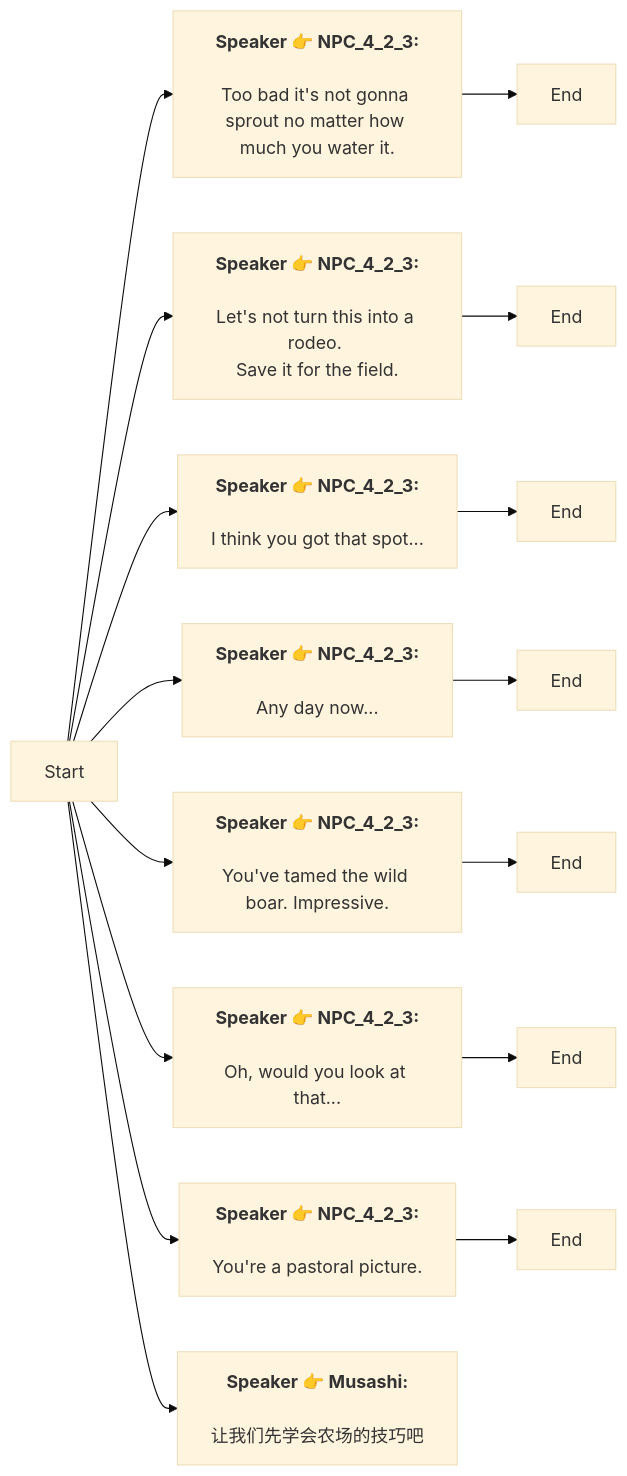
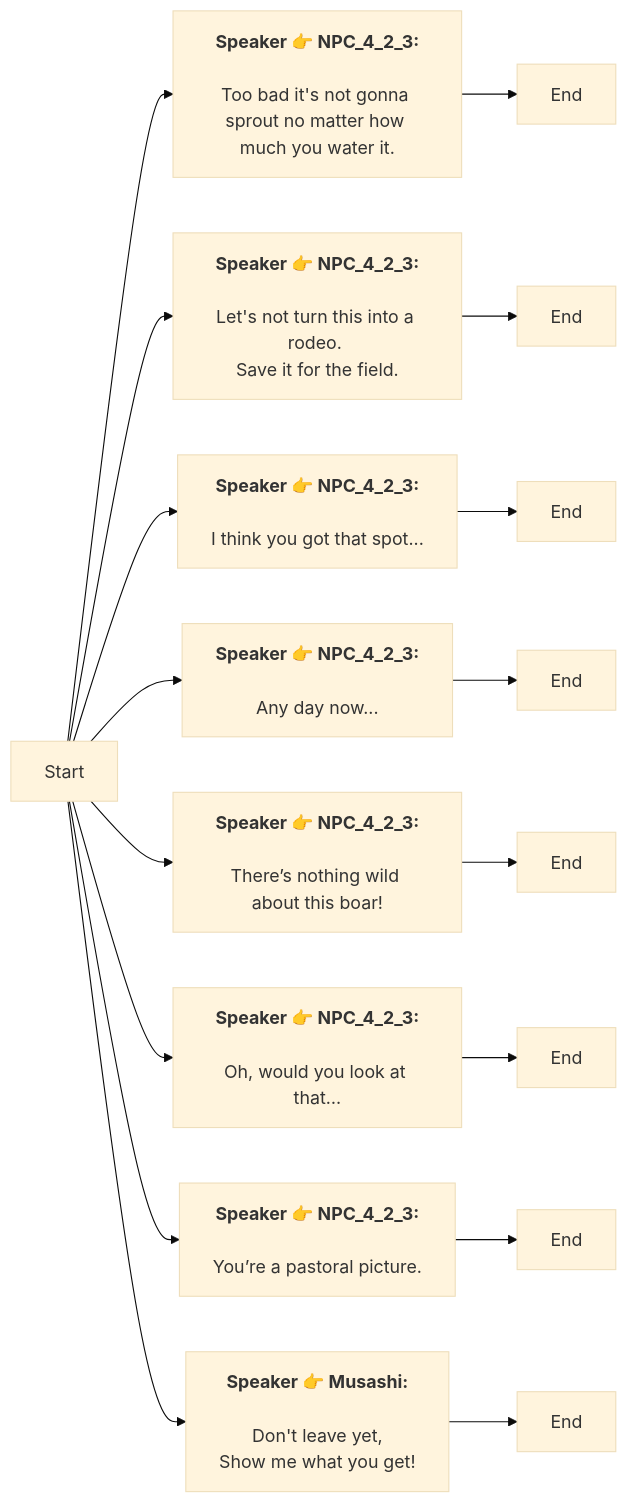
One commit to SoftHu/tos_avg changed the diagram in Zh/FarmingTutriols.md. Above: the diagram before and after it, drawn with Mermaid (base theme). The commit also changed 780 other files, not shown here.

````diff
--- a/Zh/FarmingTutriols.md
+++ b/Zh/FarmingTutriols.md
@@ -1,28 +1,30 @@
 ```mermaid
 graph LR
 Start -->1768884574776325[<b>Speaker 👉 NPC_4_2_3:</b>
 \nToo bad it's not gonna sprout no matter how much you water it.]
 1768884574776325 -->1768884429265923[End]
 Start -->1768884774476813[<b>Speaker 👉 NPC_4_2_3:</b>
 \nLet's not turn this into a rodeo. 
 Save it for the field.]
 1768884774476813 -->1768884678678536[End]
 Start -->1768884787234830[<b>Speaker 👉 NPC_4_2_3:</b>
 \nI think you got that spot...]
 1768884787234830 -->1768884739463179[End]
 Start -->1768884796445711[<b>Speaker 👉 NPC_4_2_3:</b>
 \nAny day now...]
 1768884796445711 -->1768884809496592[End]
 Start -->1768884880899090[<b>Speaker 👉 NPC_4_2_3:</b>
-\nYou've tamed the wild boar. Impressive.]
+\nThere’s nothing wild about this boar!]
 1768884880899090 -->1768884891209747[End]
 Start -->1768884921164823[<b>Speaker 👉 NPC_4_2_3:</b>
-\nOh, would you look at that...]
+\nOh, would you look at that…]
 1768884921164823 -->1768884925259800[End]
 Start -->1768884920385558[<b>Speaker 👉 NPC_4_2_3:</b>
-\nYou're a pastoral picture.]
+\nYou’re a pastoral picture.]
 1768884920385558 -->1768884931682329[End]
 Start -->1772535815119022[<b>Speaker 👉 Musashi:</b>
-\n让我们先学会农场的技巧吧]
+\nDon't leave yet,
+Show me what you get!]
+1772535815119022 -->1775537268542936[End]
 
 ```
````
